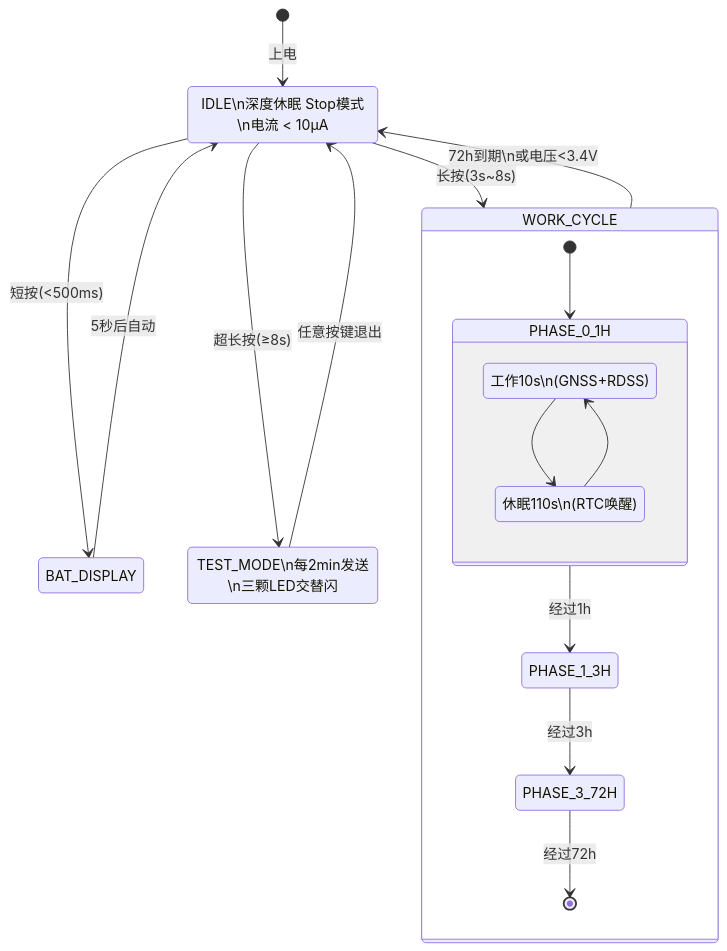
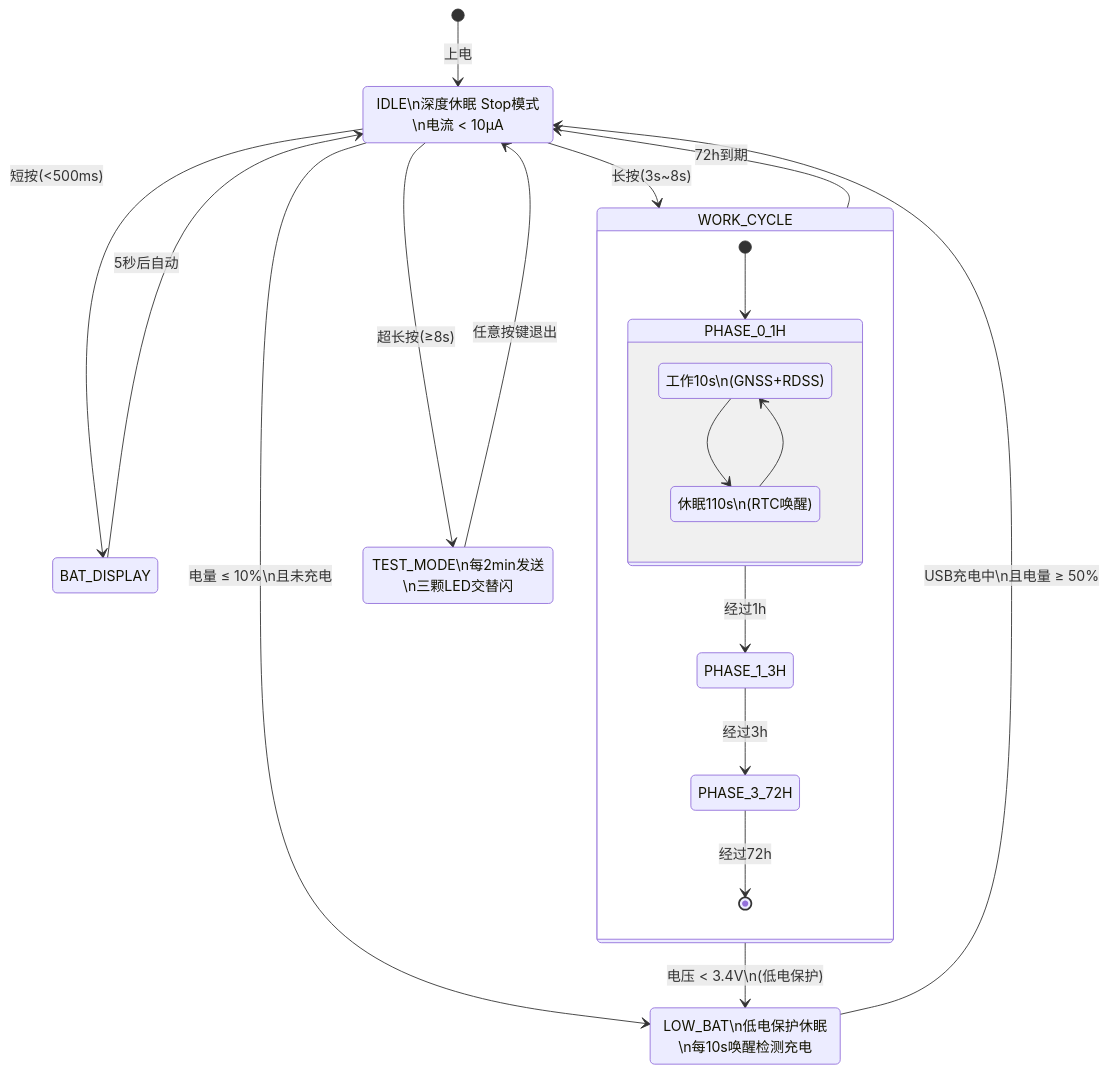
Before and after one commit to fenglong2018/SHY-BDDW: the seventh of 10 diagrams in shen-hai-yu-beacon/docs/architecture.md, drawn with Mermaid. The commit also changed other lines of this file and 9 other files, not shown here.

````diff
--- a/shen-hai-yu-beacon/docs/architecture.md
+++ b/shen-hai-yu-beacon/docs/architecture.md
@@ -245,31 +245,36 @@
 ```mermaid
 stateDiagram-v2
     [*] --> IDLE : 上电
 
     IDLE : IDLE\n深度休眠 Stop模式\n电流 < 10μA
+
+    IDLE --> LOW_BAT : 电量 ≤ 10%\n且未充电
+    LOW_BAT : LOW_BAT\n低电保护休眠\n每10s唤醒检测充电
+    LOW_BAT --> IDLE : USB充电中\n且电量 ≥ 50%
 
     IDLE --> BAT_DISPLAY : 短按(<500ms)
     BAT_DISPLAY --> IDLE : 5秒后自动
 
     IDLE --> WORK_CYCLE : 长按(3s~8s)
 
     IDLE --> TEST_MODE : 超长按(≥8s)
     TEST_MODE : TEST_MODE\n每2min发送\n三颗LED交替闪
     TEST_MODE --> IDLE : 任意按键退出
 
     state WORK_CYCLE {
         [*] --> PHASE_0_1H
         PHASE_0_1H --> PHASE_1_3H : 经过1h
         PHASE_1_3H --> PHASE_3_72H : 经过3h
         PHASE_3_72H --> [*] : 经过72h
 
         state PHASE_0_1H {
             W1 : 工作10s\n(GNSS+RDSS)
             S1 : 休眠110s\n(RTC唤醒)
             W1 --> S1
             S1 --> W1
         }
     }
 
-    WORK_CYCLE --> IDLE : 72h到期\n或电压<3.4V
+    WORK_CYCLE --> IDLE : 72h到期
+    WORK_CYCLE --> LOW_BAT : 电压 < 3.4V\n(低电保护)
 ```
````
